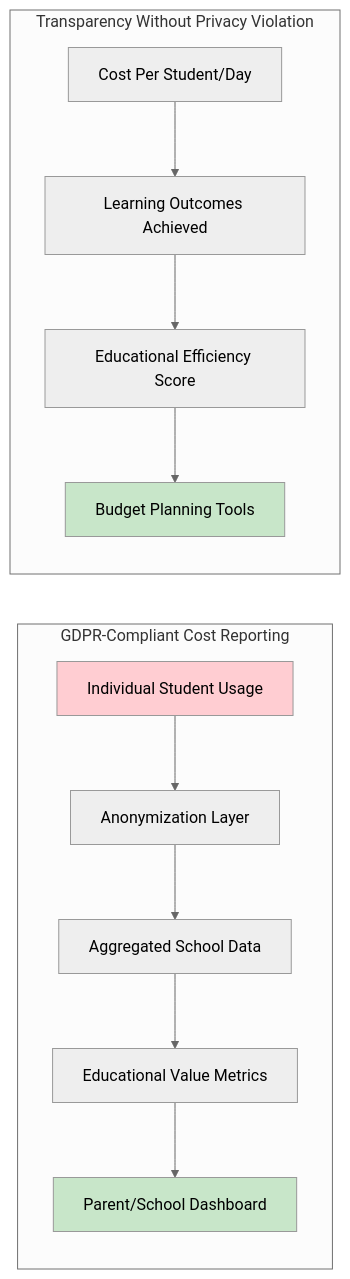
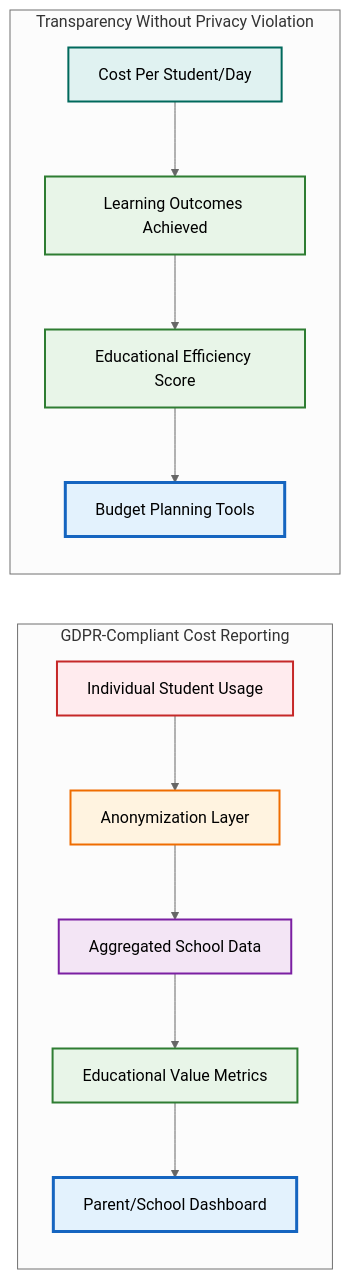
One commit to victorsaly/WorldLeadersGame changed the third of 9 diagrams in docs/_posts/2025-08-08-azure-cost-optimization-educational-platforms-per-user-attribution.md. Above: the diagram before and after it, drawn with Mermaid (neutral theme). The commit also changed other lines of this file and 1 other file, not shown here.

````diff
--- a/docs/_posts/2025-08-08-azure-cost-optimization-educational-platforms-per-user-attribution.md
+++ b/docs/_posts/2025-08-08-azure-cost-optimization-educational-platforms-per-user-attribution.md
@@ -315,19 +339,30 @@
 ```mermaid
 graph LR
     subgraph "GDPR-Compliant Cost Reporting"
         A[Individual Student Usage] --> B[Anonymization Layer]
         B --> C[Aggregated School Data]
         C --> D[Educational Value Metrics]
         D --> E[Parent/School Dashboard]
     end
     
     subgraph "Transparency Without Privacy Violation"
         F[Cost Per Student/Day] --> G[Learning Outcomes Achieved]
         G --> H[Educational Efficiency Score]
         H --> I[Budget Planning Tools]
     end
     
-    style A fill:#ffcdd2
-    style E fill:#c8e6c9
-    style I fill:#c8e6c9
+    %% Enhanced styling for better visual appeal
+    classDef privacy fill:#ffebee,stroke:#c62828,stroke-width:2px,color:#000
+    classDef anonymize fill:#fff3e0,stroke:#ef6c00,stroke-width:2px,color:#000
+    classDef aggregated fill:#f3e5f5,stroke:#7b1fa2,stroke-width:2px,color:#000
+    classDef metrics fill:#e8f5e8,stroke:#2e7d32,stroke-width:2px,color:#000
+    classDef dashboard fill:#e3f2fd,stroke:#1565c0,stroke-width:3px,color:#000
+    classDef transparency fill:#e0f2f1,stroke:#00695c,stroke-width:2px,color:#000
+    
+    class A privacy
+    class B anonymize
+    class C aggregated
+    class D,G,H metrics
+    class E,I dashboard
+    class F transparency
 ```
````
